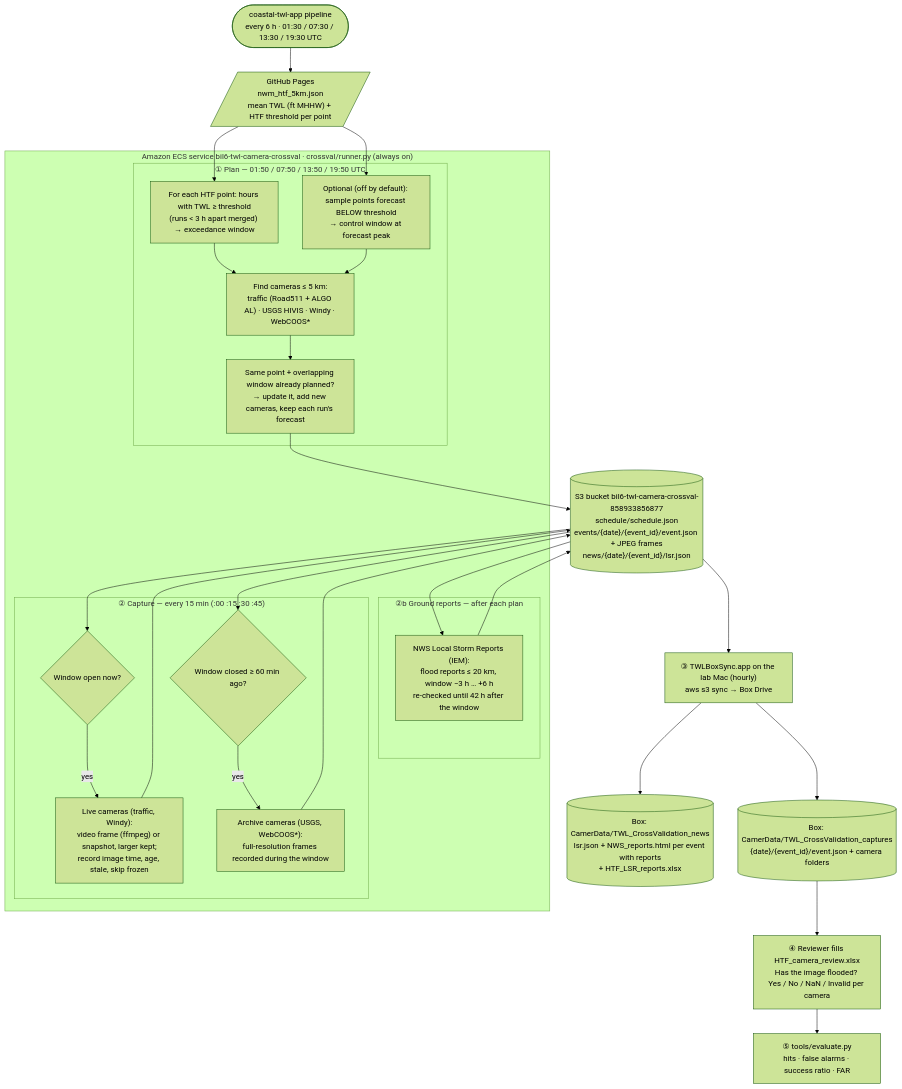
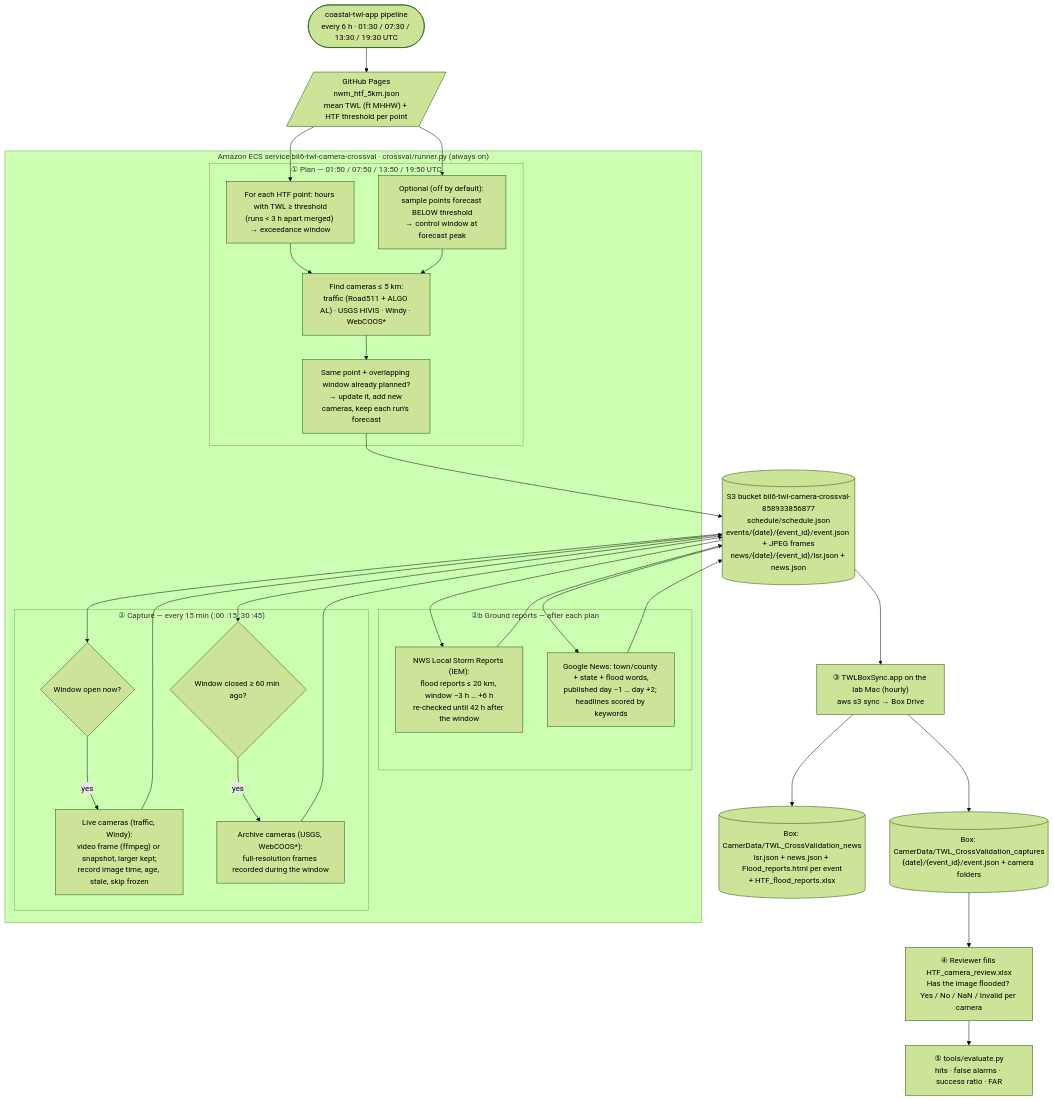
One commit to Ehsankahrizi/TWL_Camera_CrossValidation changed the diagram in README.md. Above: the diagram before and after it, drawn with Mermaid (forest theme). The commit also changed other lines of this file and 4 other files, not shown here.

First line of the commit message:
Add Google News articles as a second ground-truth source

````diff
--- a/README.md
+++ b/README.md
@@ -16,42 +16,45 @@
 ```mermaid
 flowchart TD
     TWL(["coastal-twl-app pipeline<br/>every 6 h · 01:30 / 07:30 / 13:30 / 19:30 UTC"])
     TWL --> PAGES[/"GitHub Pages<br/>nwm_htf_5km.json<br/>mean TWL (ft MHHW) + HTF threshold per point"/]
 
     subgraph ECS["Amazon ECS service bil6-twl-camera-crossval · crossval/runner.py (always on)"]
         subgraph PLAN["① Plan — 01:50 / 07:50 / 13:50 / 19:50 UTC"]
             P1["For each HTF point: hours with TWL ≥ threshold<br/>(runs < 3 h apart merged) → exceedance window"]
             P2["Optional (off by default): sample points forecast BELOW threshold<br/>→ control window at forecast peak"]
             P3["Find cameras ≤ 5 km:<br/>traffic (Road511 + ALGO AL) · USGS HIVIS · Windy · WebCOOS*"]
             P4["Same point + overlapping window already planned?<br/>→ update it, add new cameras, keep each run's forecast"]
             P1 --> P3
             P2 --> P3 --> P4
         end
         subgraph REP["②b Ground reports — after each plan"]
             R1["NWS Local Storm Reports (IEM):<br/>flood reports ≤ 20 km, window −3 h … +6 h<br/>re-checked until 42 h after the window"]
+            R2["Google News: town/county + state + flood words,<br/>published day −1 … day +2; headlines scored by keywords"]
         end
         subgraph CAP["② Capture — every 15 min (:00 :15 :30 :45)"]
             C1{"Window open now?"}
             C2["Live cameras (traffic, Windy):<br/>video frame (ffmpeg) or snapshot, larger kept;<br/>record image time, age, stale, skip frozen"]
             C3{"Window closed ≥ 60 min ago?"}
             C4["Archive cameras (USGS, WebCOOS*):<br/>full-resolution frames recorded during the window"]
             C1 -- yes --> C2
             C3 -- yes --> C4
         end
     end
     PAGES --> P1
     PAGES --> P2
-    P4 --> S3[("S3 bucket bil6-twl-camera-crossval-858933856877<br/>schedule/schedule.json<br/>events/{date}/{event_id}/event.json + JPEG frames<br/>news/{date}/{event_id}/lsr.json")]
+    P4 --> S3[("S3 bucket bil6-twl-camera-crossval-858933856877<br/>schedule/schedule.json<br/>events/{date}/{event_id}/event.json + JPEG frames<br/>news/{date}/{event_id}/lsr.json + news.json")]
     S3 --> R1
     R1 --> S3
+    S3 --> R2
+    R2 --> S3
     S3 --> C1
     S3 --> C3
     C2 --> S3
     C4 --> S3
 
     S3 --> SYNC["③ TWLBoxSync.app on the lab Mac (hourly)<br/>aws s3 sync → Box Drive"]
     SYNC --> BOX[("Box: CamerData/TWL_CrossValidation_captures<br/>{date}/{event_id}/event.json + camera folders")]
-    SYNC --> NEWS[("Box: CamerData/TWL_CrossValidation_news<br/>lsr.json + NWS_reports.html per event with reports<br/>+ HTF_LSR_reports.xlsx")]
+    SYNC --> NEWS[("Box: CamerData/TWL_CrossValidation_news<br/>lsr.json + news.json + Flood_reports.html per event<br/>+ HTF_flood_reports.xlsx")]
     BOX --> LAB["④ Reviewer fills HTF_camera_review.xlsx<br/>Has the image flooded? Yes / No / NaN / Invalid per camera"]
     LAB --> EVAL["⑤ tools/evaluate.py<br/>hits · false alarms · success ratio · FAR"]
 ```
````
